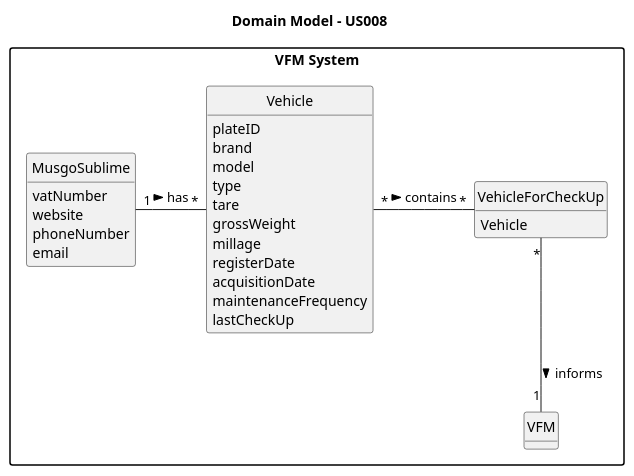
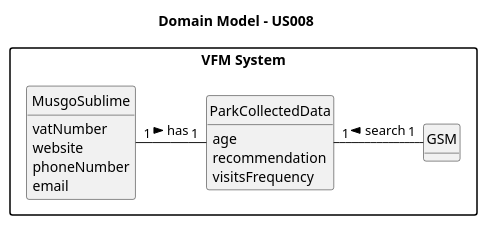
One commit to SAEmanuel/Green_Spaces_Management_ISEP changed the diagram in docs/sprintB/us011/02.analysis/puml/us011-domain-model.puml. Above: the diagram before and after it, drawn with PlantUML. The commit also changed 6 other files, not shown here.

```diff
--- a/docs/sprintB/us011/02.analysis/puml/us011-domain-model.puml
+++ b/docs/sprintB/us011/02.analysis/puml/us011-domain-model.puml
@@ -1,54 +1,36 @@
 @startuml
 skinparam monochrome true
 skinparam packageStyle rectangle
 skinparam shadowing false
 
 'left to right direction
 
 skinparam classAttributeIconSize 0
 
 hide circle
 hide methods
 package "VFM System" {
 
 title Domain Model - US008
 
-class VehicleForCheckUp {
-    Vehicle
+class GSM {
 }
 
-class VFM {
-}
-
-class Vehicle {
-         plateID
-         brand
-         model
-         type
-         tare
-         grossWeight
-         millage
-         registerDate
-         acquisitionDate
-         maintenanceFrequency
-         lastCheckUp
+class ParkCollectedData {
+age
+recommendation
+visitsFrequency
 }
 
 class MusgoSublime {
 vatNumber
 website
 phoneNumber
 email
 }
 
 
-
-MusgoSublime "1" - "*" Vehicle: has >
-Vehicle "*"- "*" VehicleForCheckUp: contains >
-VehicleForCheckUp "*" -- "1" VFM : informs >
-
-
-
-
+MusgoSublime "1" - "1" ParkCollectedData: has >
+ParkCollectedData "1" - "1" GSM: search <
 
 @enduml
```
